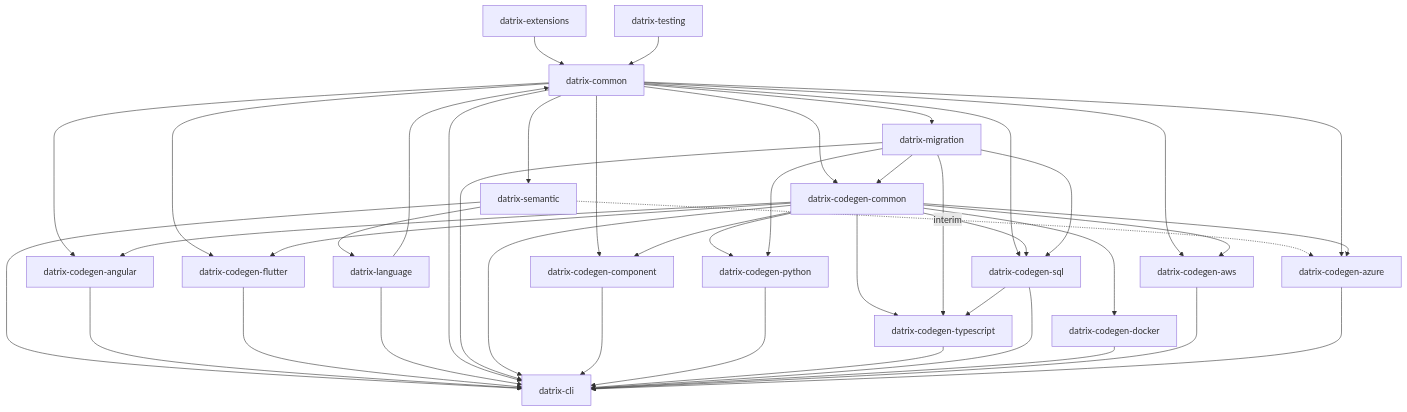
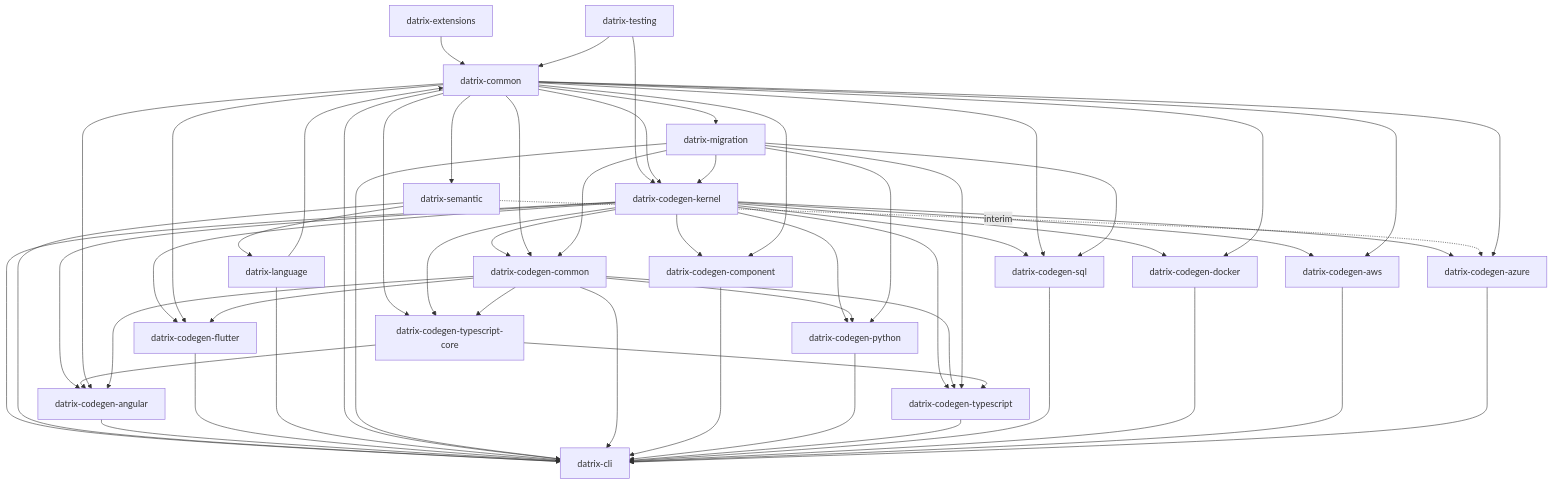
Before and after one commit to keturk/datrix: the diagram in docs/architecture/architecture-overview.md, drawn with Mermaid. The commit also changed other lines of this file and 7 other files, not shown here.

First line of the commit message:
docs: update architecture docs for datrix-codegen-kernel extraction

````diff
--- a/docs/architecture/architecture-overview.md
+++ b/docs/architecture/architecture-overview.md
@@ -68,46 +68,60 @@
 ```mermaid
 graph TD
  A[datrix-common]
  B[datrix-language] --> A
  L[datrix-extensions] --> A
  T[datrix-testing] --> A
+ T --> KN
  A --> M[datrix-migration]
  A --> S[datrix-semantic]
+ A --> KN[datrix-codegen-kernel]
+ M --> KN
+ KN --> CGC
+ KN --> CC
+ KN --> D
+ KN --> E
+ KN --> F
+ KN --> G
+ KN --> ANG
+ KN --> FL
+ KN --> I
+ KN --> J
+ KN --> K
  S --> B
  S --> K
  S -. interim .-> J
  A --> CC[datrix-codegen-component]
  A --> CGC[datrix-codegen-common]
  M --> CGC
- CGC --> CC
  CGC --> D[datrix-codegen-python]
  M --> D
  CGC --> E[datrix-codegen-typescript]
  M --> E
+ A --> TSC[datrix-codegen-typescript-core]
+ KN --> TSC
+ CGC --> TSC
+ TSC --> E
+ TSC --> ANG
  A --> F[datrix-codegen-sql]
- CGC --> F
  M --> F
- F --> E
- CGC --> G[datrix-codegen-docker]
+ A --> G[datrix-codegen-docker]
  A --> ANG[datrix-codegen-angular]
  CGC --> ANG
  ANG --> K
  A --> FL[datrix-codegen-flutter]
  CGC --> FL
  FL --> K
  A --> I[datrix-codegen-aws]
- CGC --> I
  A --> J[datrix-codegen-azure]
- CGC --> J
  B --> K[datrix-cli]
  A --> K
  M --> K
  CGC --> K
  CC --> K
  D --> K
  E --> K
  F --> K
  G --> K
  I --> K
  J --> K
 ```
````
